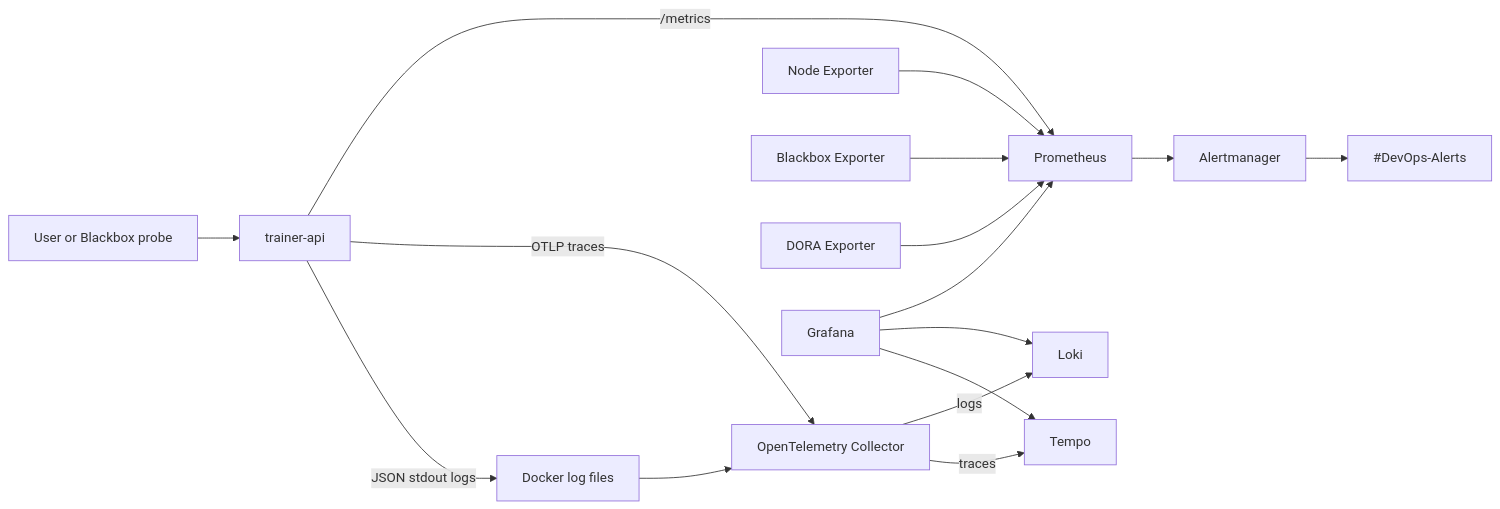
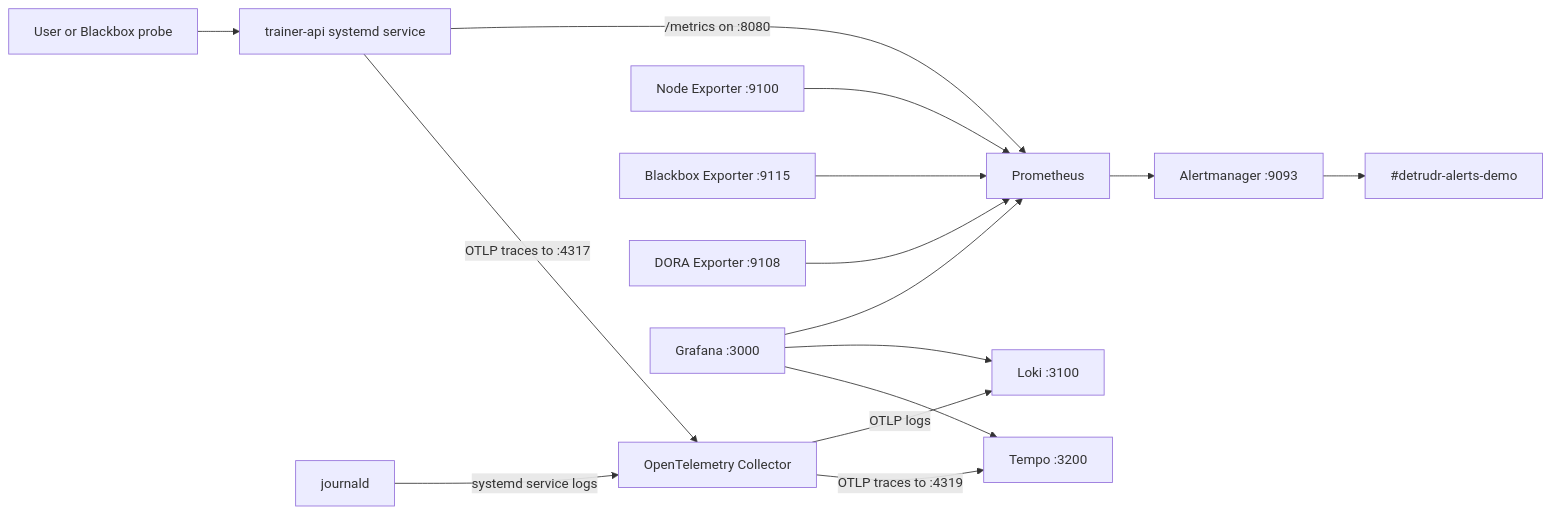
The first of 4 diagrams in docs/architecture.md (Okpainmo/personal-trainer-observability-and-reliability-deployment), drawn with Mermaid before and after one commit. The commit also changed other lines of this file and 33 other files, not shown here.

````diff
--- a/docs/architecture.md
+++ b/docs/architecture.md
@@ -5,18 +5,17 @@
 ```mermaid
 flowchart LR
-  U[User or Blackbox probe] --> API[trainer-api]
-  API -->|/metrics| P[Prometheus]
-  API -->|OTLP traces| OTel[OpenTelemetry Collector]
-  API -->|JSON stdout logs| Docker[Docker log files]
-  Docker --> OTel
-  OTel -->|logs| Loki[Loki]
-  OTel -->|traces| Tempo[Tempo]
-  NE[Node Exporter] --> P
-  BB[Blackbox Exporter] --> P
-  Dora[DORA Exporter] --> P
-  P --> AM[Alertmanager]
-  AM --> Slack[#DevOps-Alerts]
-  Grafana[Grafana] --> P
+  U[User or Blackbox probe] --> API[trainer-api systemd service]
+  API -->|/metrics on :8080| P[Prometheus]
+  API -->|OTLP traces to :4317| OTel[OpenTelemetry Collector]
+  Journal[journald] -->|systemd service logs| OTel
+  OTel -->|OTLP logs| Loki[Loki :3100]
+  OTel -->|OTLP traces to :4319| Tempo[Tempo :3200]
+  NE[Node Exporter :9100] --> P
+  BB[Blackbox Exporter :9115] --> P
+  Dora[DORA Exporter :9108] --> P
+  P --> AM[Alertmanager :9093]
+  AM --> Slack[#detrudr-alerts-demo]
+  Grafana[Grafana :3000] --> P
   Grafana --> Loki
   Grafana --> Tempo
 ```
````
